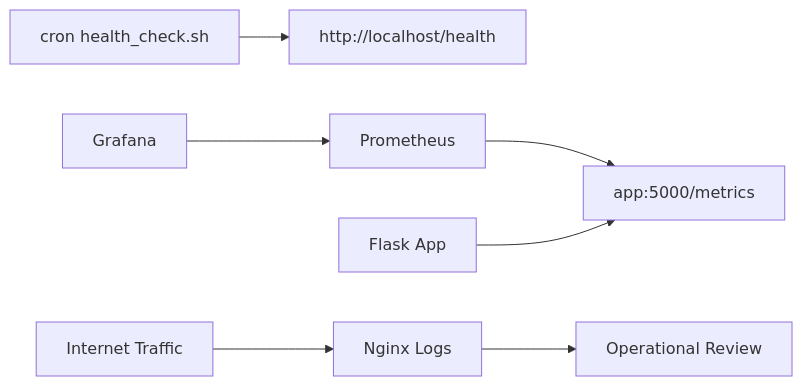
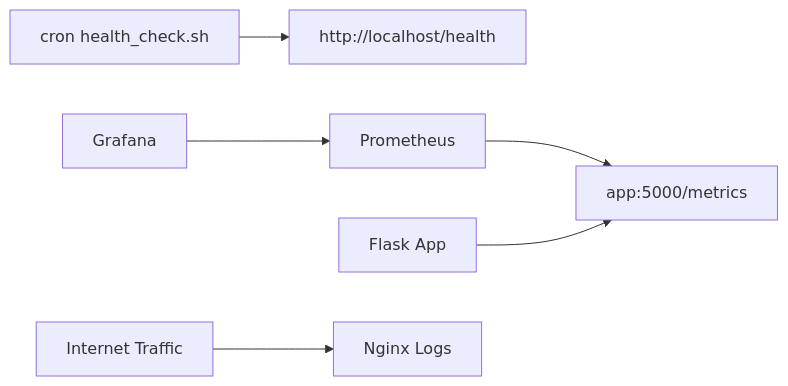
The sixth of 7 diagrams in docs/project-book.md (a0527645787-oss/world-cup-seat-booking-devops), drawn with Mermaid before and after one commit. The commit also changed other lines of this file and 2 other files, not shown here.

````diff
--- a/docs/project-book.md
+++ b/docs/project-book.md
@@ -716,9 +586,8 @@
 ```mermaid
 flowchart LR
     Cron["cron health_check.sh"] --> Health["http://localhost/health"]
     Prometheus["Prometheus"] --> Metrics["app:5000/metrics"]
     Flask["Flask App"] --> Metrics
     Grafana["Grafana"] --> Prometheus
     Internet["Internet Traffic"] --> Nginx["Nginx Logs"]
-    Nginx --> Operator["Operational Review"]
 ```
````
